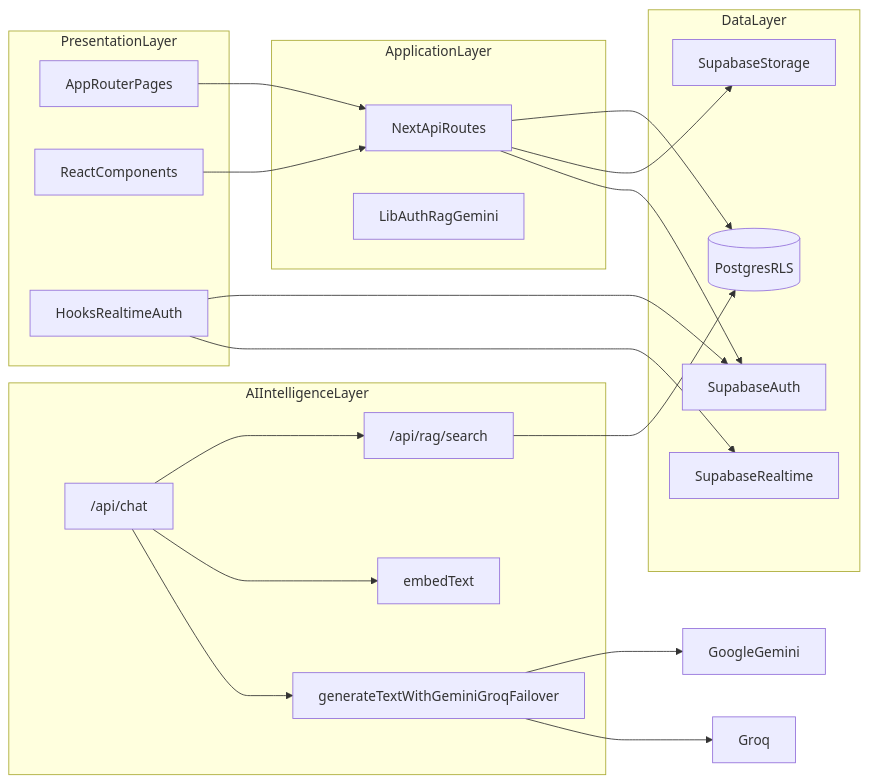
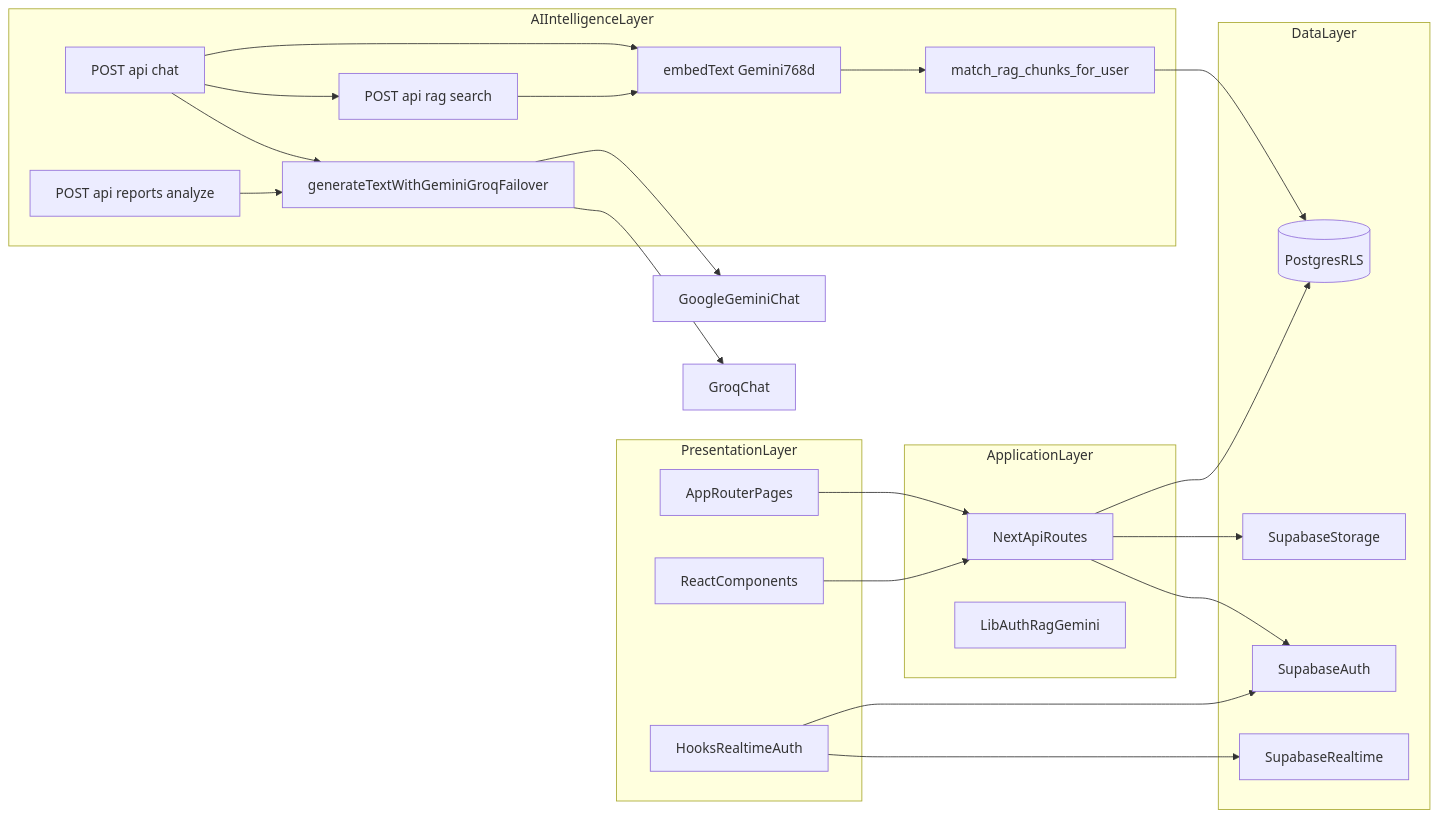
One commit to AlifDevPro/maacare changed the second of 13 diagrams in docs/ARCHITECTURE.md. Above: the diagram before and after it, drawn with Mermaid. The commit also changed other lines of this file and 1 other file, not shown here.

First line of the commit message:
docs: expand architecture with full AI, RAG, multilingual, and voice pipelines

````diff
--- a/docs/ARCHITECTURE.md
+++ b/docs/ARCHITECTURE.md
@@ -37,37 +37,42 @@
 ```mermaid
 flowchart LR
   subgraph presentation [PresentationLayer]
     pages[AppRouterPages]
     components[ReactComponents]
     hooks[HooksRealtimeAuth]
   end
   subgraph application [ApplicationLayer]
     api[NextApiRoutes]
     lib[LibAuthRagGemini]
   end
   subgraph data [DataLayer]
     pg[(PostgresRLS)]
     storage[SupabaseStorage]
     rt[SupabaseRealtime]
     auth[SupabaseAuth]
   end
   subgraph intelligence [AIIntelligenceLayer]
-    chatApi["/api/chat"]
-    ragSearch["/api/rag/search"]
-    embed[embedText]
+    chatApi["POST api chat"]
+    ragSearch["POST api rag search"]
+    reports["POST api reports analyze"]
+    embed[embedText Gemini768d]
+    rpc[match_rag_chunks_for_user]
     llm[generateTextWithGeminiGroqFailover]
   end
   pages --> api
   components --> api
   hooks --> auth
   api --> pg
   api --> storage
   api --> auth
   hooks --> rt
+  chatApi --> embed
+  embed --> rpc
+  rpc --> pg
   chatApi --> ragSearch
-  chatApi --> embed
+  ragSearch --> embed
+  reports --> llm
   chatApi --> llm
-  llm --> geminiExt[GoogleGemini]
-  llm --> groqExt[Groq]
-  ragSearch --> pg
+  llm --> geminiExt[GoogleGeminiChat]
+  llm --> groqExt[GroqChat]
 ```
````
